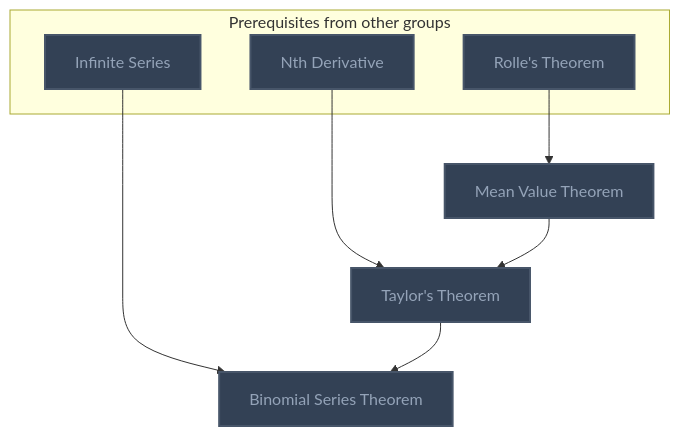
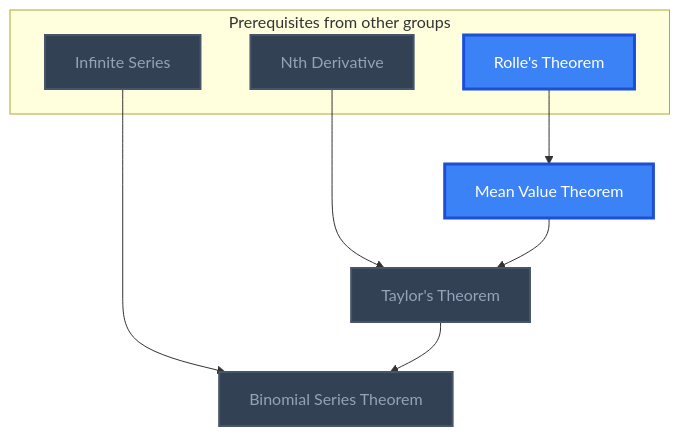
One commit to MRauf1/My-Notes changed the ninth of 22 diagrams in Gamification/Skill Trees/Real Analysis.md. Above: the diagram before and after it, drawn with Mermaid. The commit also changed other lines of this file and 156 other files, not shown here.

````diff
--- a/Gamification/Skill Trees/Real Analysis.md
+++ b/Gamification/Skill Trees/Real Analysis.md
@@ -825,27 +841,28 @@
 ```mermaid
 flowchart TD
     classDef planned fill:#1E293B,stroke:#64748B,stroke-width:2px,stroke-dasharray:5 5,color:#94A3B8;
     classDef locked fill:#334155,stroke:#475569,stroke-width:2px,color:#94A3B8;
     classDef L0 fill:#F1F5F9,stroke:#94A3B8,stroke-width:2px,color:#000000;
     classDef L1 fill:#22C55E,stroke:#15803D,stroke-width:2px,color:#000000;
     classDef L2 fill:#3B82F6,stroke:#1D4ED8,stroke-width:3px,color:#FFFFFF;
     classDef L3 fill:#A855F7,stroke:#6B21A8,stroke-width:3px,color:#FFFFFF,font-weight:bold;
     classDef L4 fill:#F97316,stroke:#C2410C,stroke-width:4px,color:#000000,font-weight:bold;
     classDef L5 fill:#FFD700,stroke:#FF8C00,stroke-width:5px,color:#000000,font-weight:bold;
     classDef rusty stroke:#8B4513,stroke-width:4px,stroke-dasharray:3 3;
     subgraph sg_prereqs["Prerequisites from other groups"]
         n_rolle_s_theorem["Rolle's Theorem"]
         n_nth_derivative["Nth Derivative"]
         n_infinite_series["Infinite Series"]
     end
     n_mean_value_theorem["Mean Value Theorem"]
     n_taylor_s_theorem["Taylor's Theorem"]
     n_binomial_series_theorem["Binomial Series Theorem"]
     n_rolle_s_theorem --> n_mean_value_theorem
     n_nth_derivative --> n_taylor_s_theorem
     n_mean_value_theorem --> n_taylor_s_theorem
     n_infinite_series --> n_binomial_series_theorem
     n_taylor_s_theorem --> n_binomial_series_theorem
-    class n_rolle_s_theorem,n_nth_derivative,n_infinite_series,n_mean_value_theorem,n_taylor_s_theorem,n_binomial_series_theorem locked;
+    class n_nth_derivative,n_infinite_series,n_taylor_s_theorem,n_binomial_series_theorem locked;
+    class n_rolle_s_theorem,n_mean_value_theorem L2;
     class n_rolle_s_theorem,n_nth_derivative,n_infinite_series,n_mean_value_theorem,n_taylor_s_theorem,n_binomial_series_theorem internal-link;
 ```
````
